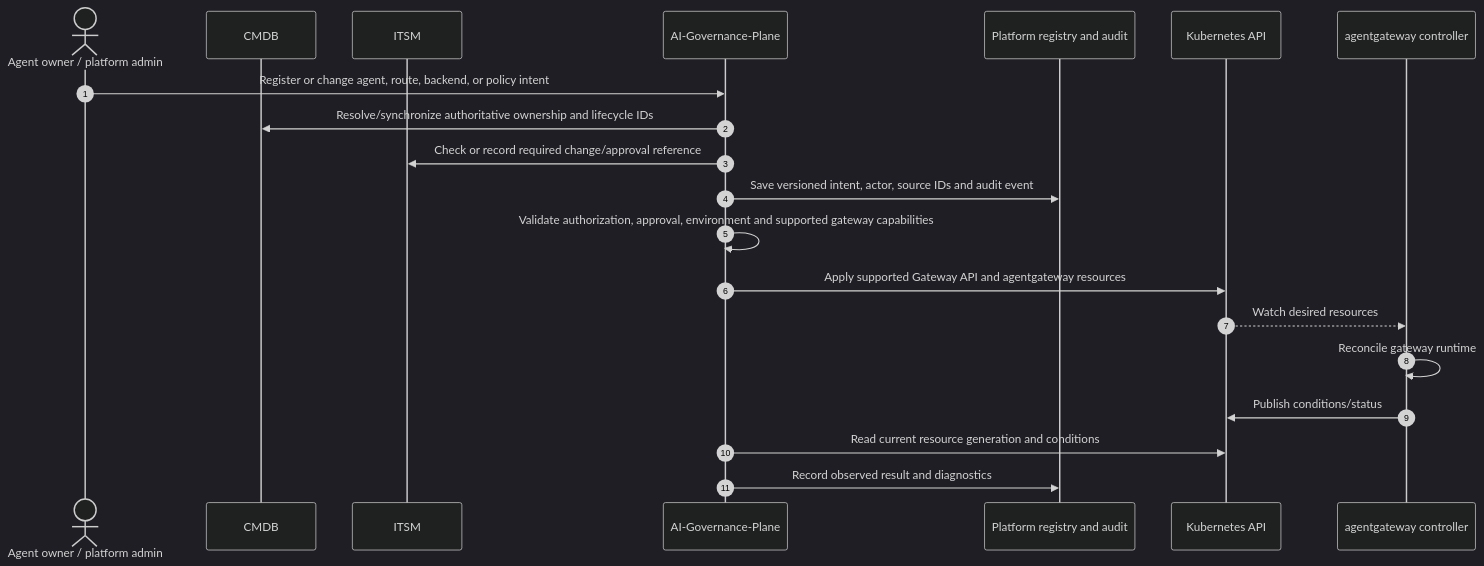
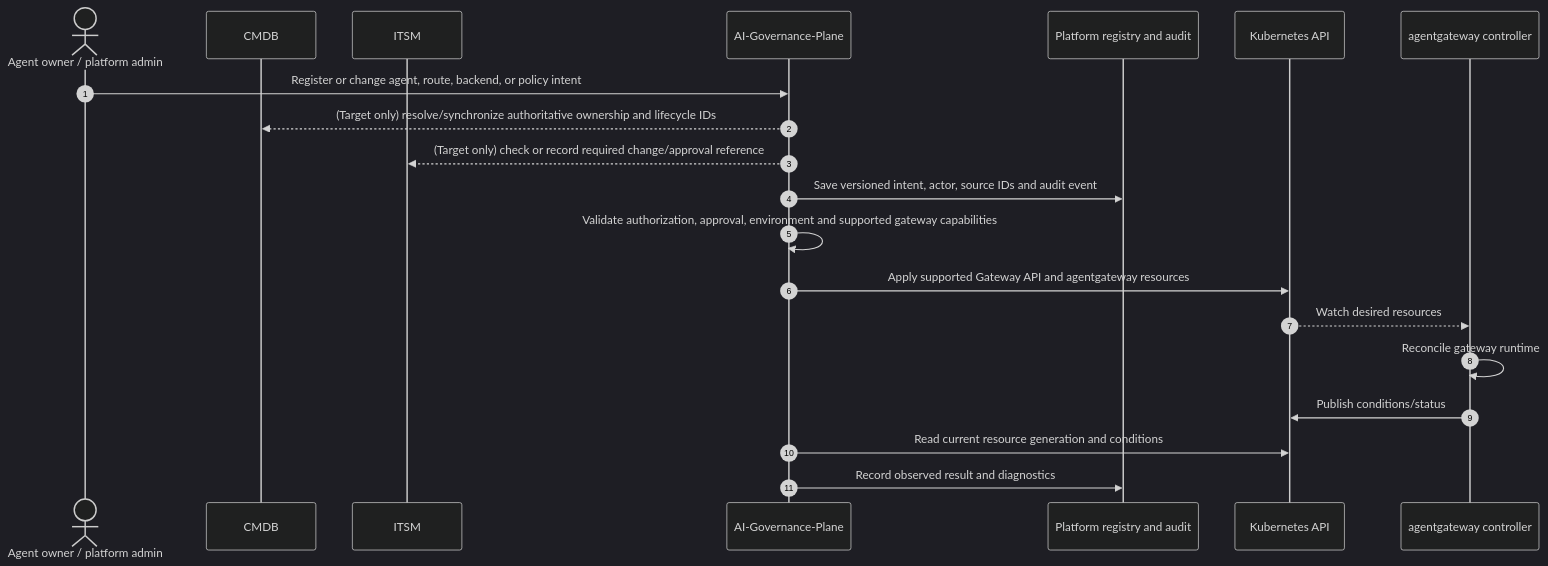
Before and after one commit to ramabaswa/AI-Governance-Plane: the third of 4 diagrams in docs/architect.md, drawn with Mermaid (dark theme). The commit also changed other lines of this file and 12 other files, not shown here.

````diff
--- a/docs/architect.md
+++ b/docs/architect.md
@@ -106,23 +165,23 @@
 ```mermaid
 sequenceDiagram
     autonumber
     actor Owner as Agent owner / platform admin
     participant CMDB as CMDB
     participant ITSM as ITSM
     participant Plane as AI-Governance-Plane
     participant Store as Platform registry and audit
     participant Kube as Kubernetes API
     participant Controller as agentgateway controller
 
     Owner->>Plane: Register or change agent, route, backend, or policy intent
-    Plane->>CMDB: Resolve/synchronize authoritative ownership and lifecycle IDs
-    Plane->>ITSM: Check or record required change/approval reference
+    Plane-->>CMDB: (Target only) resolve/synchronize authoritative ownership and lifecycle IDs
+    Plane-->>ITSM: (Target only) check or record required change/approval reference
     Plane->>Store: Save versioned intent, actor, source IDs and audit event
     Plane->>Plane: Validate authorization, approval, environment and supported gateway capabilities
     Plane->>Kube: Apply supported Gateway API and agentgateway resources
     Kube-->>Controller: Watch desired resources
     Controller->>Controller: Reconcile gateway runtime
     Controller->>Kube: Publish conditions/status
     Plane->>Kube: Read current resource generation and conditions
     Plane->>Store: Record observed result and diagnostics
 ```
````
